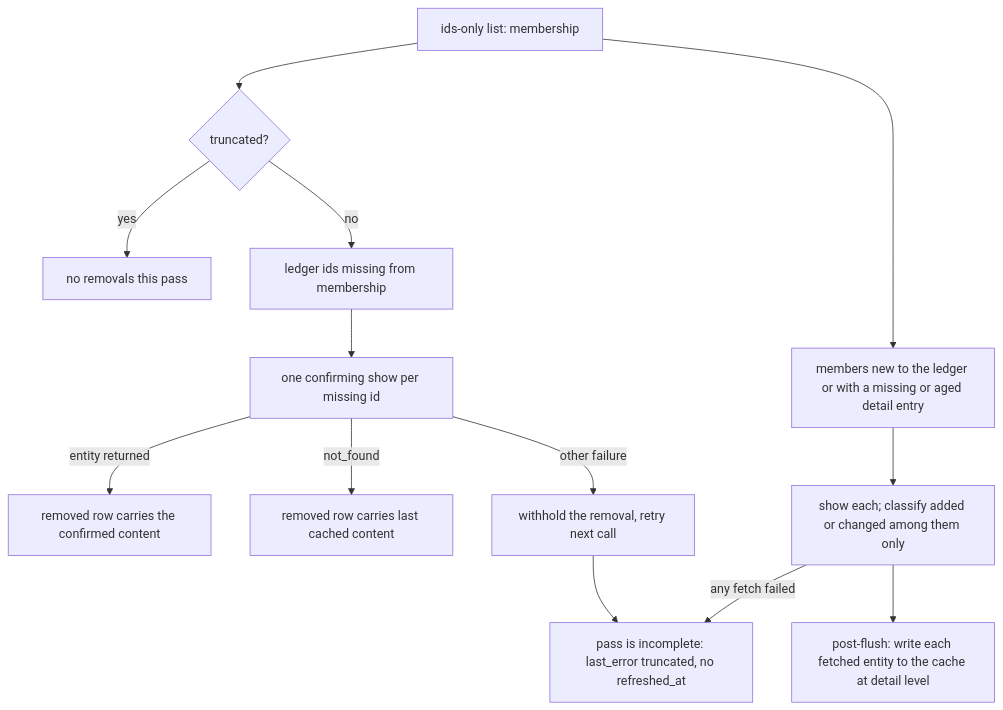
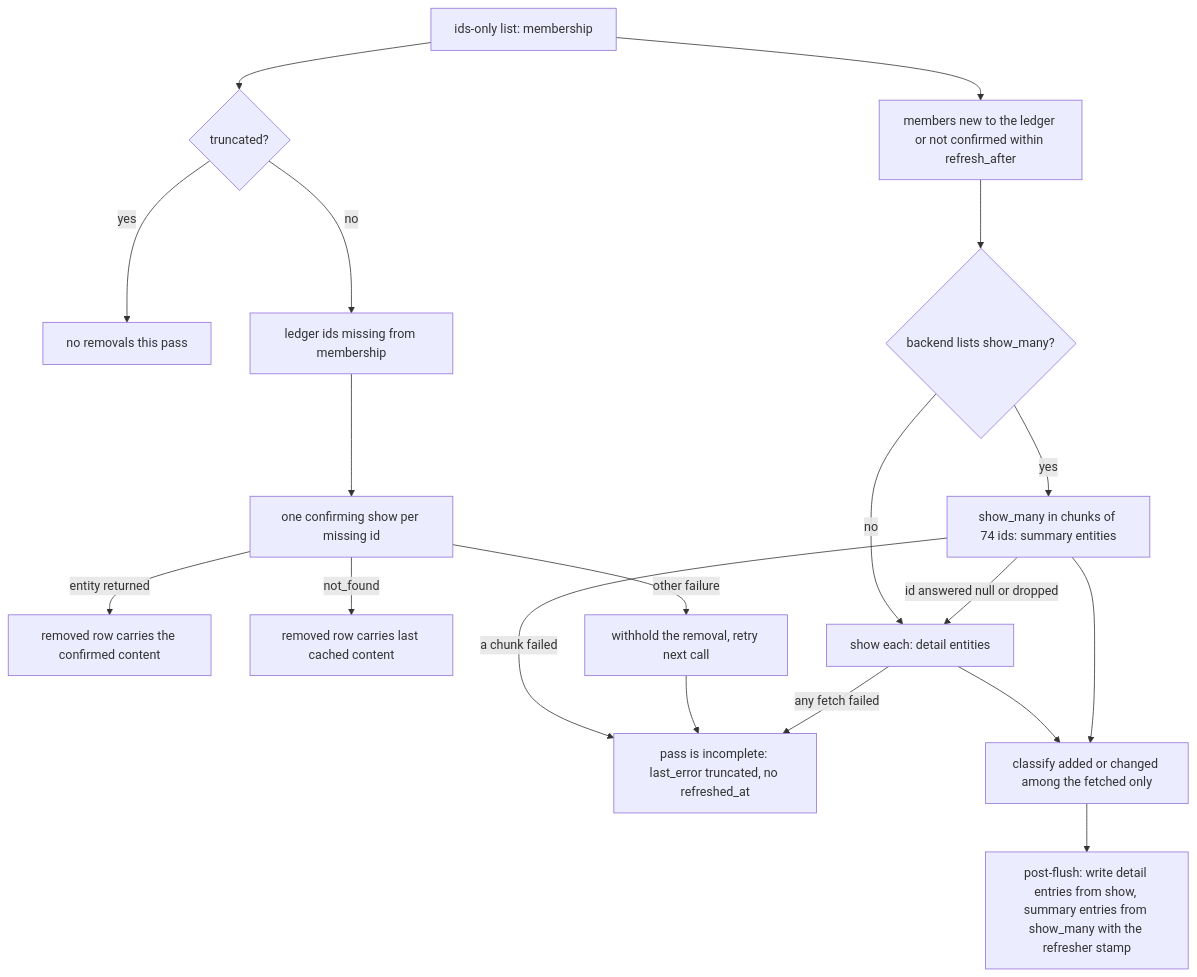
The third of 5 diagrams in packages/pg-connector/docs/behavior/interfaces.md (phillipgreenii/nix-agent-support), drawn with Mermaid before and after one commit. The commit also changed other lines of this file and 24 other files, not shown here.

````diff
--- a/packages/pg-connector/docs/behavior/interfaces.md
+++ b/packages/pg-connector/docs/behavior/interfaces.md
@@ -542,15 +543,21 @@
   ```mermaid
   flowchart TD
       A["ids-only list: membership"] --> B{"truncated?"}
       B -->|"yes"| C["no removals this pass"]
       B -->|"no"| D["ledger ids missing from membership"]
       D --> E["one confirming show per missing id"]
       E -->|"entity returned"| F["removed row carries the confirmed content"]
       E -->|"not_found"| G["removed row carries last cached content"]
       E -->|"other failure"| H["withhold the removal, retry next call"]
-      A --> I["members new to the ledger or with a missing or aged detail entry"]
-      I --> J["show each; classify added or changed among them only"]
-      J --> K["post-flush: write each fetched entity to the cache at detail level"]
+      A --> I["members new to the ledger or not confirmed within refresh_after"]
+      I --> M{"backend lists show_many?"}
+      M -->|"yes"| N["show_many in chunks of 74 ids: summary entities"]
+      M -->|"no"| J["show each: detail entities"]
+      N -->|"id answered null or dropped"| J
+      N -->|"a chunk failed"| L
+      J --> P["classify added or changed among the fetched only"]
+      N --> P
+      P --> K["post-flush: write detail entries from show, summary entries from show_many with the refresher stamp"]
       H --> L["pass is incomplete: last_error truncated, no refreshed_at"]
       J -->|"any fetch failed"| L
   ```
````
